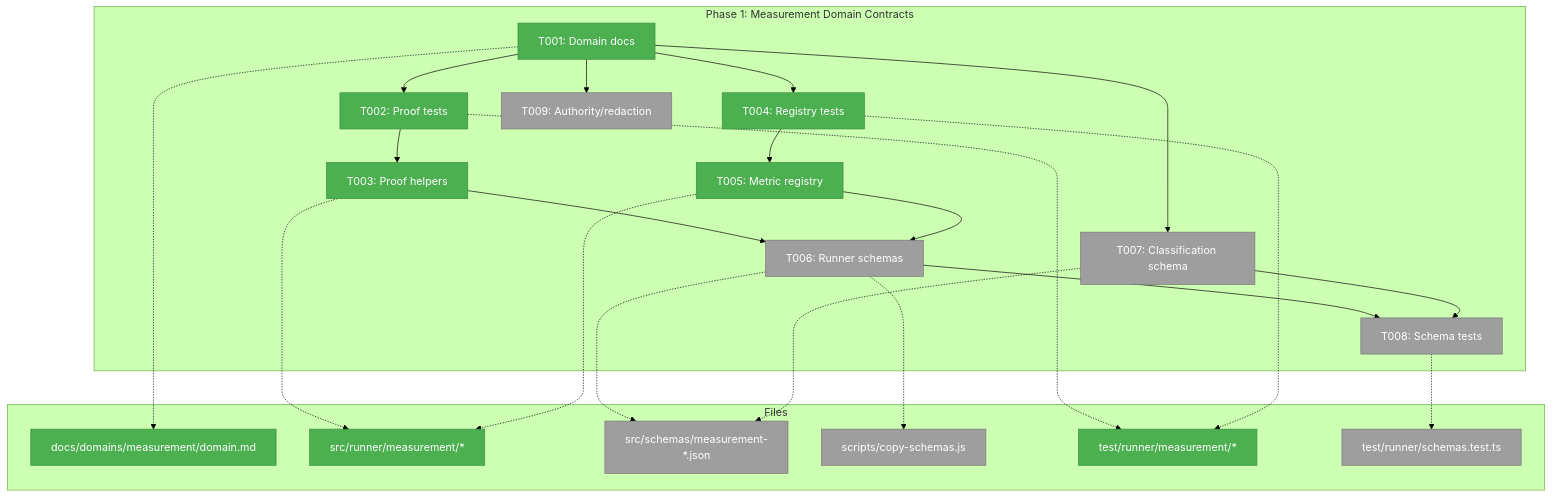
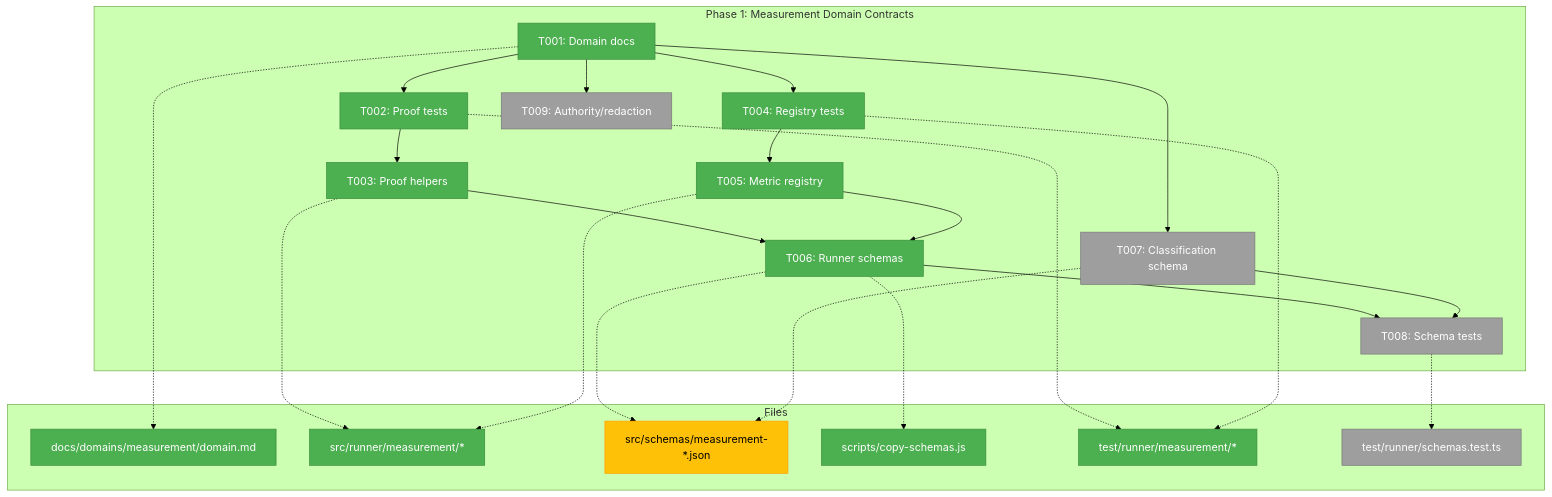
Before and after one commit to AI-Substrate/minih: the first of 3 diagrams in docs/plans/020-minih-harness-measurement/tasks/phase-1-measurement-domain-contracts/tasks.md, drawn with Mermaid (forest theme). The commit also changed other lines of this file and 10 other files, not shown here.

Commit message:
feat: add measurement schema contracts

````diff
--- a/docs/plans/020-minih-harness-measurement/tasks/phase-1-measurement-domain-contracts/tasks.md
+++ b/docs/plans/020-minih-harness-measurement/tasks/phase-1-measurement-domain-contracts/tasks.md
@@ -85,43 +85,43 @@
 ```mermaid
 flowchart TD
     classDef pending fill:#9E9E9E,stroke:#757575,color:#fff
     classDef inprogress fill:#FFC107,stroke:#FFA000,color:#000
     classDef completed fill:#4CAF50,stroke:#388E3C,color:#fff
 
     subgraph Phase["Phase 1: Measurement Domain Contracts"]
         T001["T001: Domain docs"]:::completed
         T002["T002: Proof tests"]:::completed
         T003["T003: Proof helpers"]:::completed
         T004["T004: Registry tests"]:::completed
         T005["T005: Metric registry"]:::completed
-        T006["T006: Runner schemas"]:::pending
+        T006["T006: Runner schemas"]:::completed
         T007["T007: Classification schema"]:::pending
         T008["T008: Schema tests"]:::pending
         T009["T009: Authority/redaction"]:::pending
         T001 --> T002 --> T003
         T001 --> T004 --> T005
         T003 --> T006 --> T008
         T005 --> T006
         T001 --> T007 --> T008
         T001 --> T009
     end
 
     subgraph Files["Files"]
         D1["docs/domains/measurement/domain.md"]:::completed
         R1["src/runner/measurement/*"]:::completed
-        S1["src/schemas/measurement-*.json"]:::pending
-        C1["scripts/copy-schemas.js"]:::pending
+        S1["src/schemas/measurement-*.json"]:::inprogress
+        C1["scripts/copy-schemas.js"]:::completed
         V1["test/runner/measurement/*"]:::completed
         V2["test/runner/schemas.test.ts"]:::pending
     end
 
     T001 -.-> D1
     T003 -.-> R1
     T005 -.-> R1
     T006 -.-> S1
     T006 -.-> C1
     T007 -.-> S1
     T002 -.-> V1
     T004 -.-> V1
     T008 -.-> V2
 ```
````
